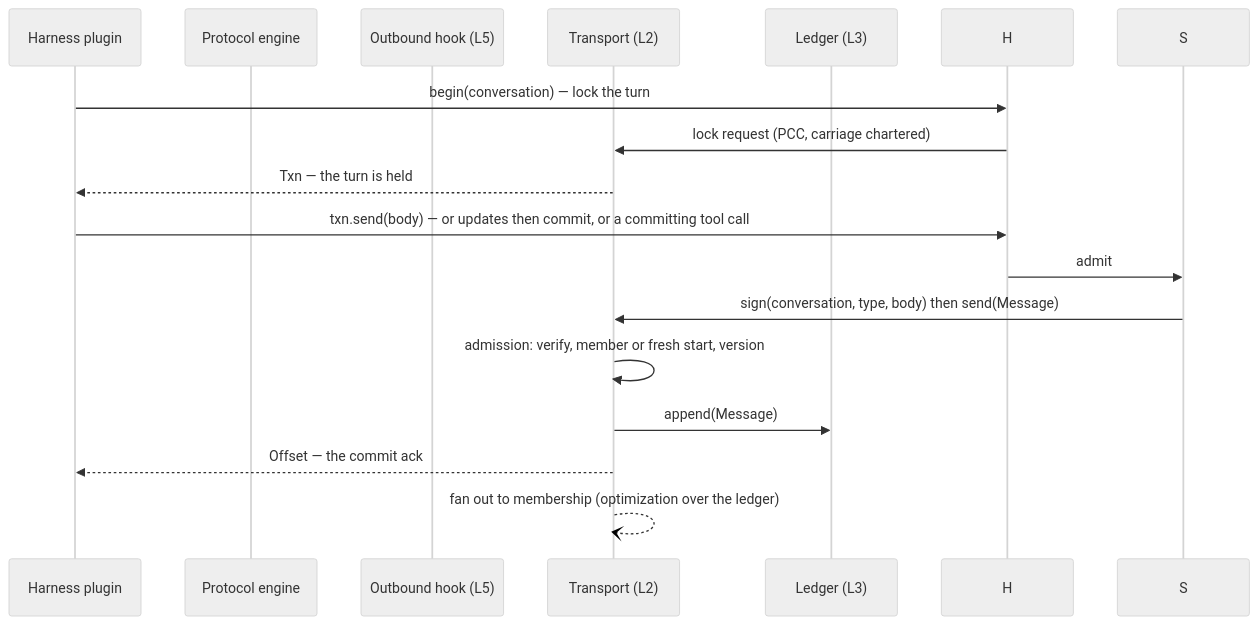
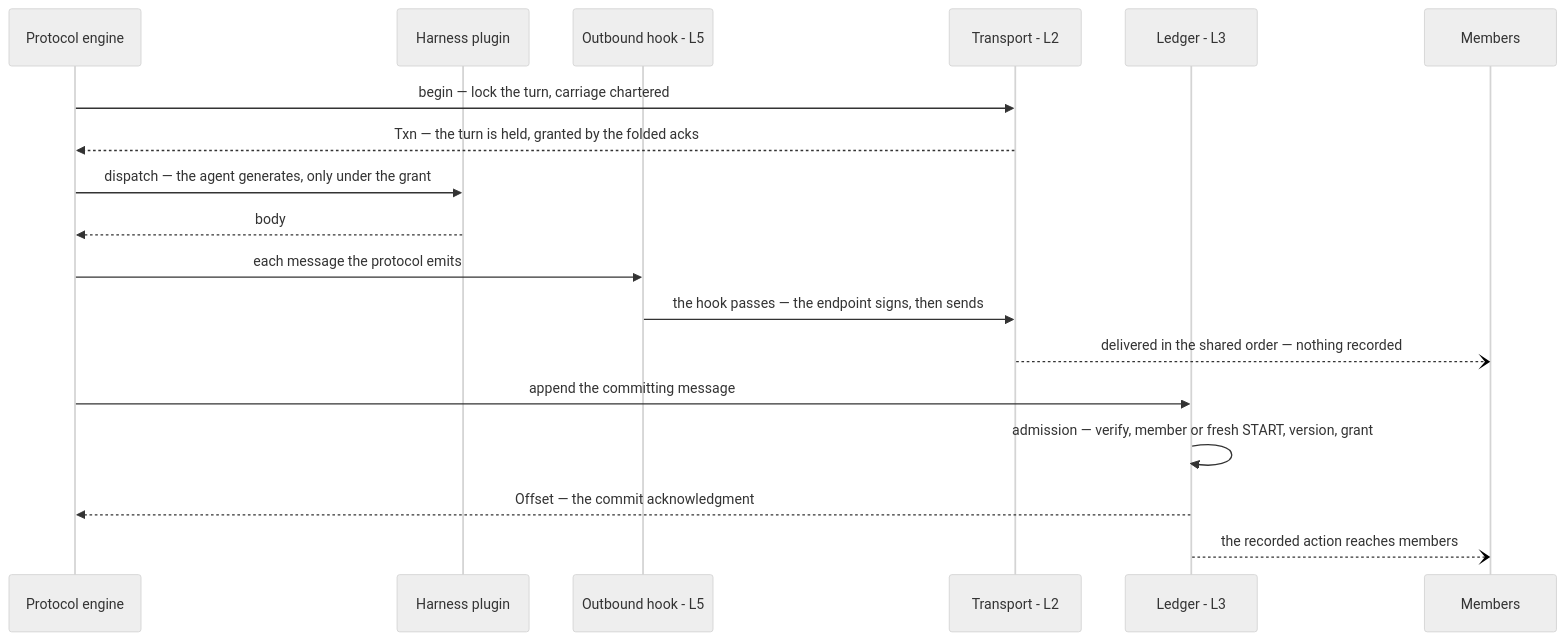
Before and after one commit to chughtapan/moltzap: the first of 3 diagrams in docs/spec/layer-interfaces.md, drawn with Mermaid (neutral theme). The commit also changed other lines of this file and 7 other files, not shown here.

````diff
--- a/docs/spec/layer-interfaces.md
+++ b/docs/spec/layer-interfaces.md
@@ -351,18 +356,20 @@
 ```mermaid
 sequenceDiagram
+  participant E as Protocol engine
   participant P as Harness plugin
-  participant E as Protocol engine
-  participant F as Outbound hook (L5)
-  participant T as Transport (L2)
-  participant L as Ledger (L3)
-  P->>H: begin(conversation) — lock the turn
-  H->>T: lock request (PCC, carriage chartered)
-  T-->>P: Txn — the turn is held
-  P->>H: txn.send(body) — or updates then commit, or a committing tool call
-  H->>S: admit
-  S->>T: sign(conversation, type, body) then send(Message)
-  T->>T: admission: verify, member or fresh start, version
-  T->>L: append(Message)
-  T-->>P: Offset — the commit ack
-  T--)T: fan out to membership (optimization over the ledger)
+  participant F as Outbound hook - L5
+  participant T as Transport - L2
+  participant L as Ledger - L3
+  participant M as Members
+  E->>T: begin — lock the turn, carriage chartered
+  T-->>E: Txn — the turn is held, granted by the folded acks
+  E->>P: dispatch — the agent generates, only under the grant
+  P-->>E: body
+  E->>F: each message the protocol emits
+  F->>T: the hook passes — the endpoint signs, then sends
+  T--)M: delivered in the shared order — nothing recorded
+  E->>L: append the committing message
+  L->>L: admission — verify, member or fresh START, version, grant
+  L-->>E: Offset — the commit acknowledgment
+  L--)M: the recorded action reaches members
 ```
````
